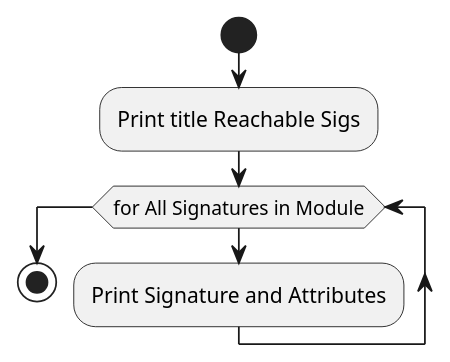
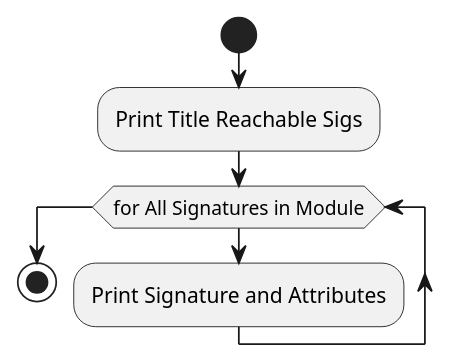
One commit to ontological-behavior-modeling/tester changed the diagram in src/main/javadoc/edu/gatech/gtri/obm/translator/alloy/doc-files/AlloyUtils_printReachableSigs.puml. Above: the diagram before and after it, drawn with PlantUML.

```diff
--- a/src/main/javadoc/edu/gatech/gtri/obm/translator/alloy/doc-files/AlloyUtils_printReachableSigs.puml
+++ b/src/main/javadoc/edu/gatech/gtri/obm/translator/alloy/doc-files/AlloyUtils_printReachableSigs.puml
@@ -1,8 +1,8 @@
 @startuml
 start
-:Print title Reachable Sigs;
+:Print Title Reachable Sigs;
 while(for All Signatures in Module)
 :Print Signature and Attributes;
 endwhile
 stop
 @enduml
```
